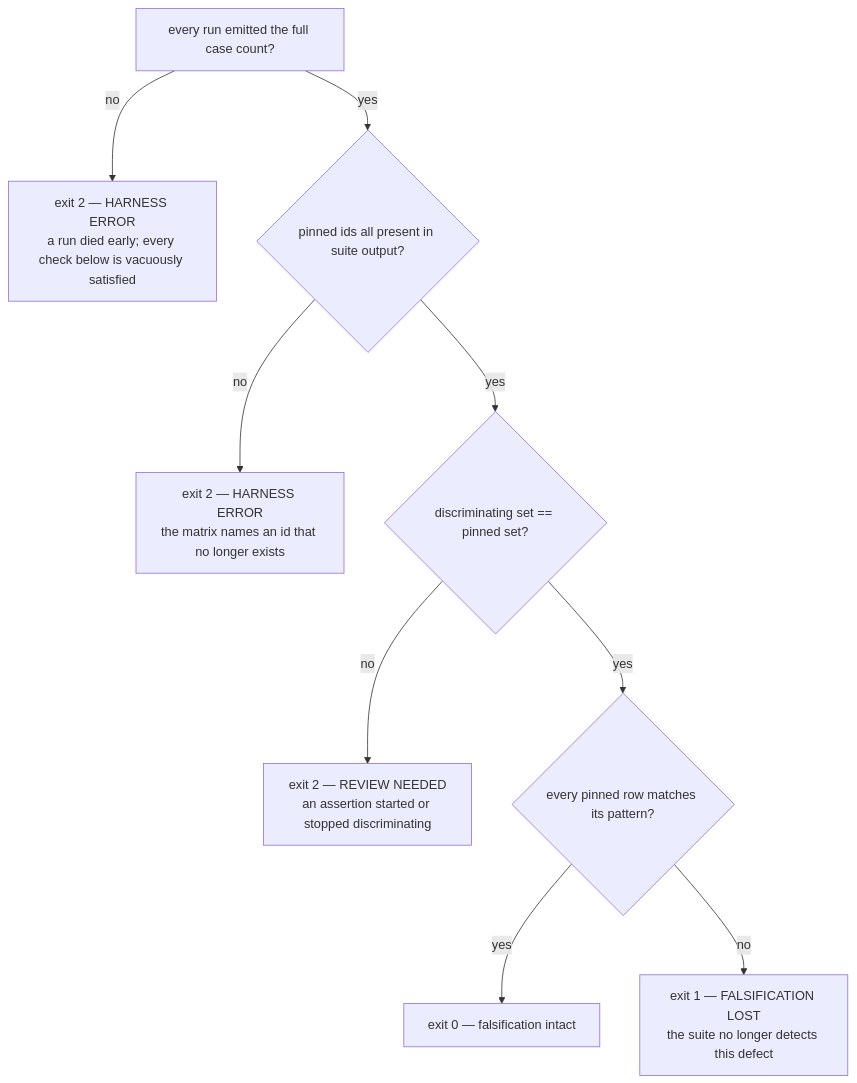
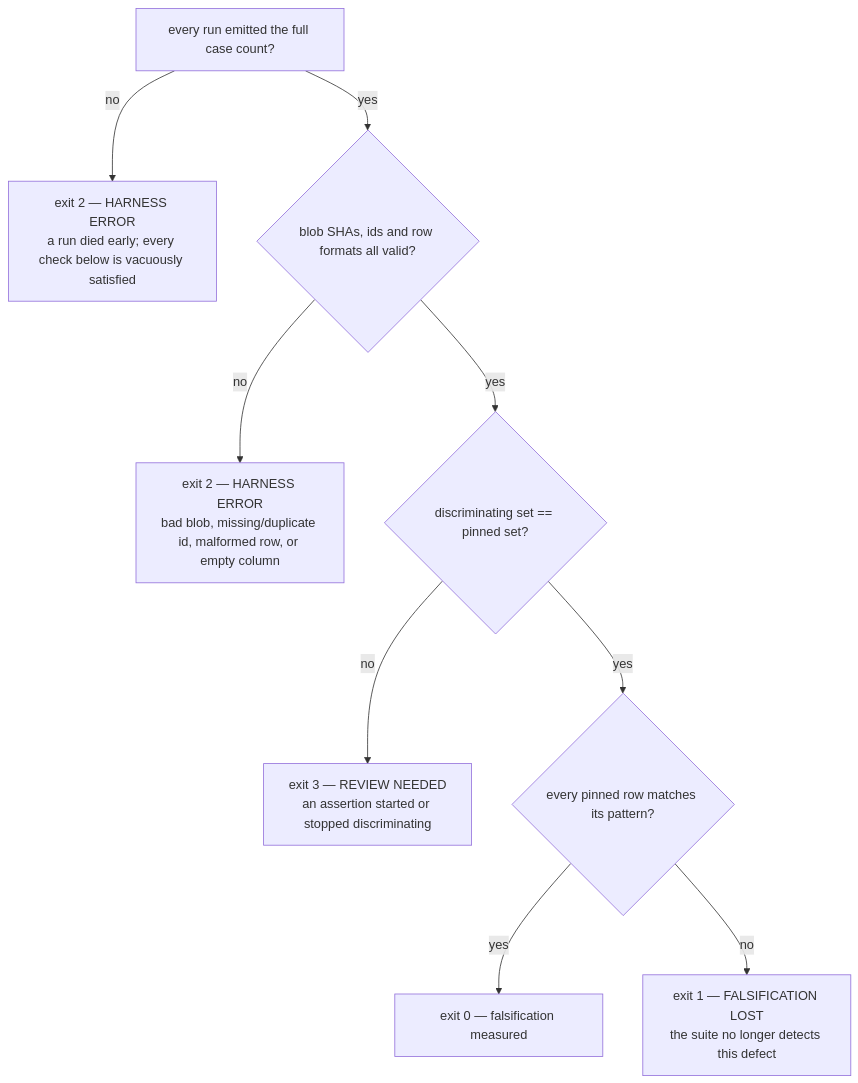
One commit to suyatdev/.claude changed the diagram in docs/features/falsify-harness-signatures.md. Above: the diagram before and after it, drawn with Mermaid. The commit also changed other lines of this file, not shown here.

````diff
--- a/docs/features/falsify-harness-signatures.md
+++ b/docs/features/falsify-harness-signatures.md
@@ -358,11 +421,11 @@
 ```mermaid
 flowchart TD
     A[every run emitted the full case count?] -->|no| E2["exit 2 — HARNESS ERROR<br/>a run died early; every check below is vacuously satisfied"]
-    A -->|yes| B{pinned ids all present in suite output?}
-    B -->|no| E["exit 2 — HARNESS ERROR<br/>the matrix names an id that no longer exists"]
+    A -->|yes| B{blob SHAs, ids and row formats all valid?}
+    B -->|no| E["exit 2 — HARNESS ERROR<br/>bad blob, missing/duplicate id, malformed row, or empty column"]
     B -->|yes| D{discriminating set == pinned set?}
-    D -->|no| E3["exit 2 — REVIEW NEEDED<br/>an assertion started or stopped discriminating"]
+    D -->|no| E3["exit 3 — REVIEW NEEDED<br/>an assertion started or stopped discriminating"]
     D -->|yes| C{every pinned row matches its pattern?}
-    C -->|yes| P["exit 0 — falsification intact"]
+    C -->|yes| P["exit 0 — falsification measured"]
     C -->|no| F["exit 1 — FALSIFICATION LOST<br/>the suite no longer detects this defect"]
 ```
````
